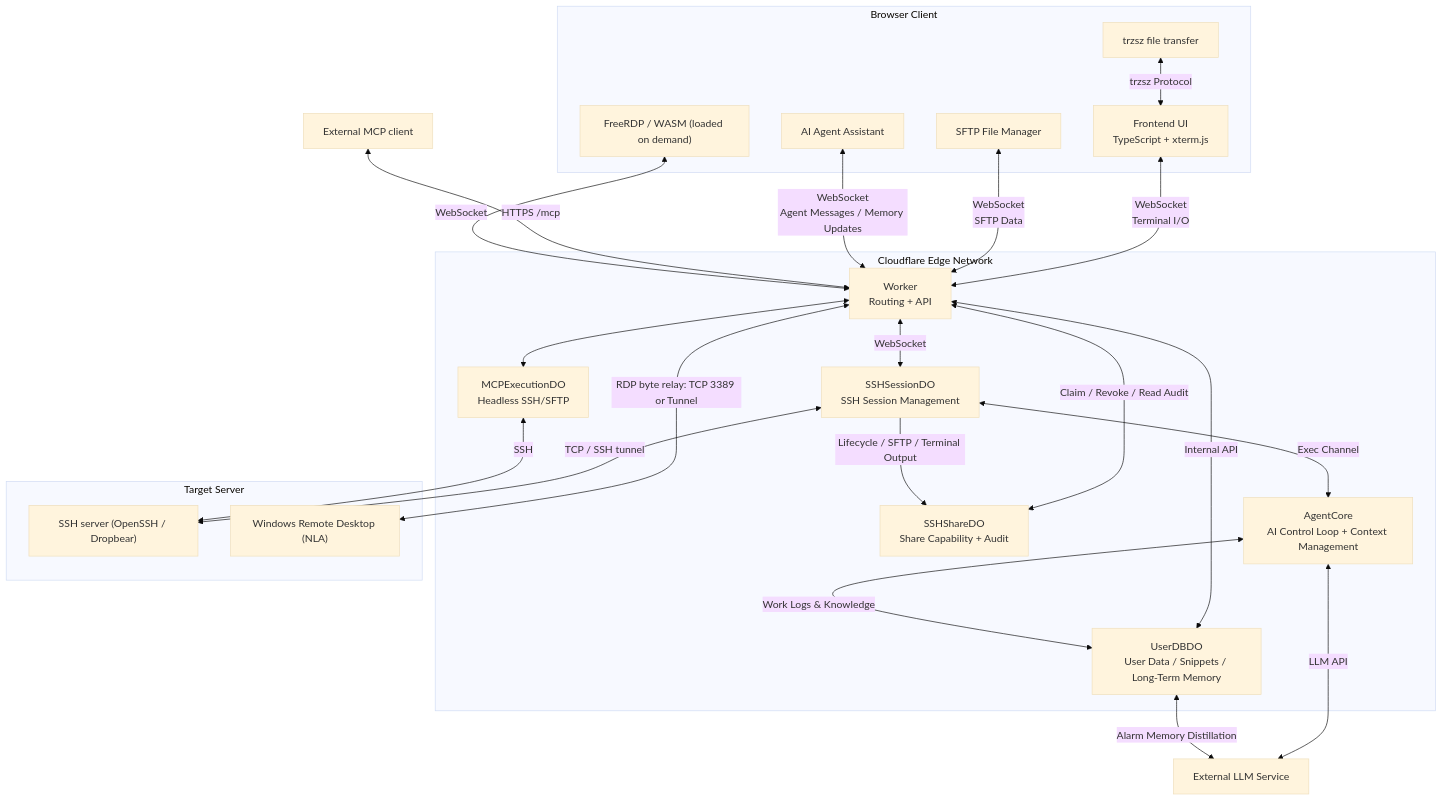
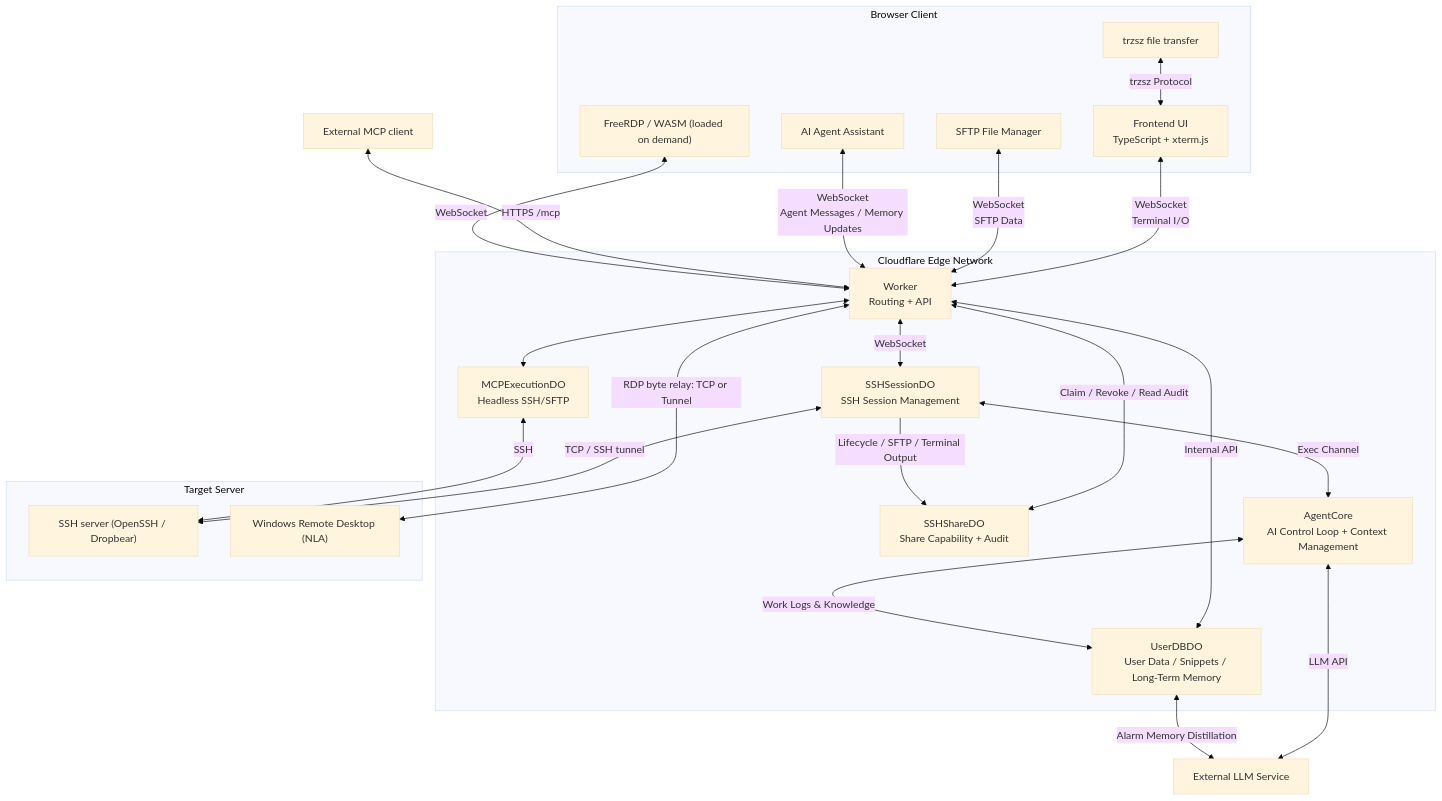
Before and after one commit to newbietan/CloudSSH: the diagram in README_en.md, drawn with Mermaid (base theme). The commit also changed other lines of this file and 22 other files, not shown here.

````diff
--- a/README_en.md
+++ b/README_en.md
@@ -153,43 +153,43 @@
 ```mermaid
 flowchart TB
     subgraph "Browser Client"
         UI["Frontend UI<br/>TypeScript + xterm.js"]
         SFTP["SFTP File Manager"]
         Agent["AI Agent Assistant"]
         Trzsz["trzsz file transfer"]
         RDP["FreeRDP / WASM (loaded on demand)"]
     end
 
     subgraph "Cloudflare Edge Network"
         Worker["Worker<br/>Routing + API"]
         SSH_DO["SSHSessionDO<br/>SSH Session Management"]
         User_DO["UserDBDO<br/>User Data / Snippets / Long-Term Memory"]
         Share_DO["SSHShareDO<br/>Share Capability + Audit"]
         MCP_DO["MCPExecutionDO<br/>Headless SSH/SFTP"]
         AgentCore["AgentCore<br/>AI Control Loop + Context Management"]
     end
 
     subgraph "Target Server"
         SSH["SSH server (OpenSSH / Dropbear)"]
         Windows["Windows Remote Desktop (NLA)"]
     end
 
     UI <-->|"WebSocket<br/>Terminal I/O"| Worker
     SFTP <-->|"WebSocket<br/>SFTP Data"| Worker
     Agent <-->|"WebSocket<br/>Agent Messages / Memory Updates"| Worker
     Trzsz <-->|"trzsz Protocol"| UI
     Worker <-->|"WebSocket"| SSH_DO
     Worker <-->|"Internal API"| User_DO
     Worker <-->|"Claim / Revoke / Read Audit"| Share_DO
     SSH_DO -->|"Lifecycle / SFTP / Terminal Output"| Share_DO
     SSH_DO <-->|"TCP / SSH tunnel"| SSH
     Client["External MCP client"] <-->|"HTTPS /mcp"| Worker
     Worker <--> MCP_DO
     MCP_DO <-->|"SSH"| SSH
     RDP <-->|"WebSocket"| Worker
-    Worker <-->|"RDP byte relay: TCP 3389 or Tunnel"| Windows
+    Worker <-->|"RDP byte relay: TCP or Tunnel"| Windows
     SSH_DO <-->|"Exec Channel"| AgentCore
     AgentCore <-->|"Work Logs & Knowledge"| User_DO
     AgentCore <-->|"LLM API"| External["External LLM Service"]
     User_DO <-->|"Alarm Memory Distillation"| External
 ```
````
